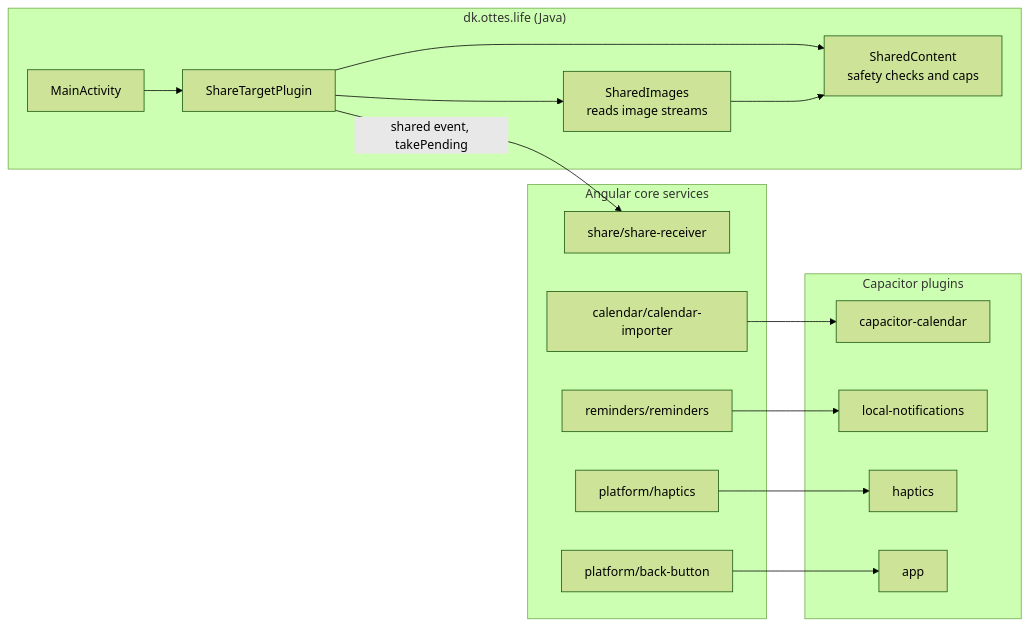
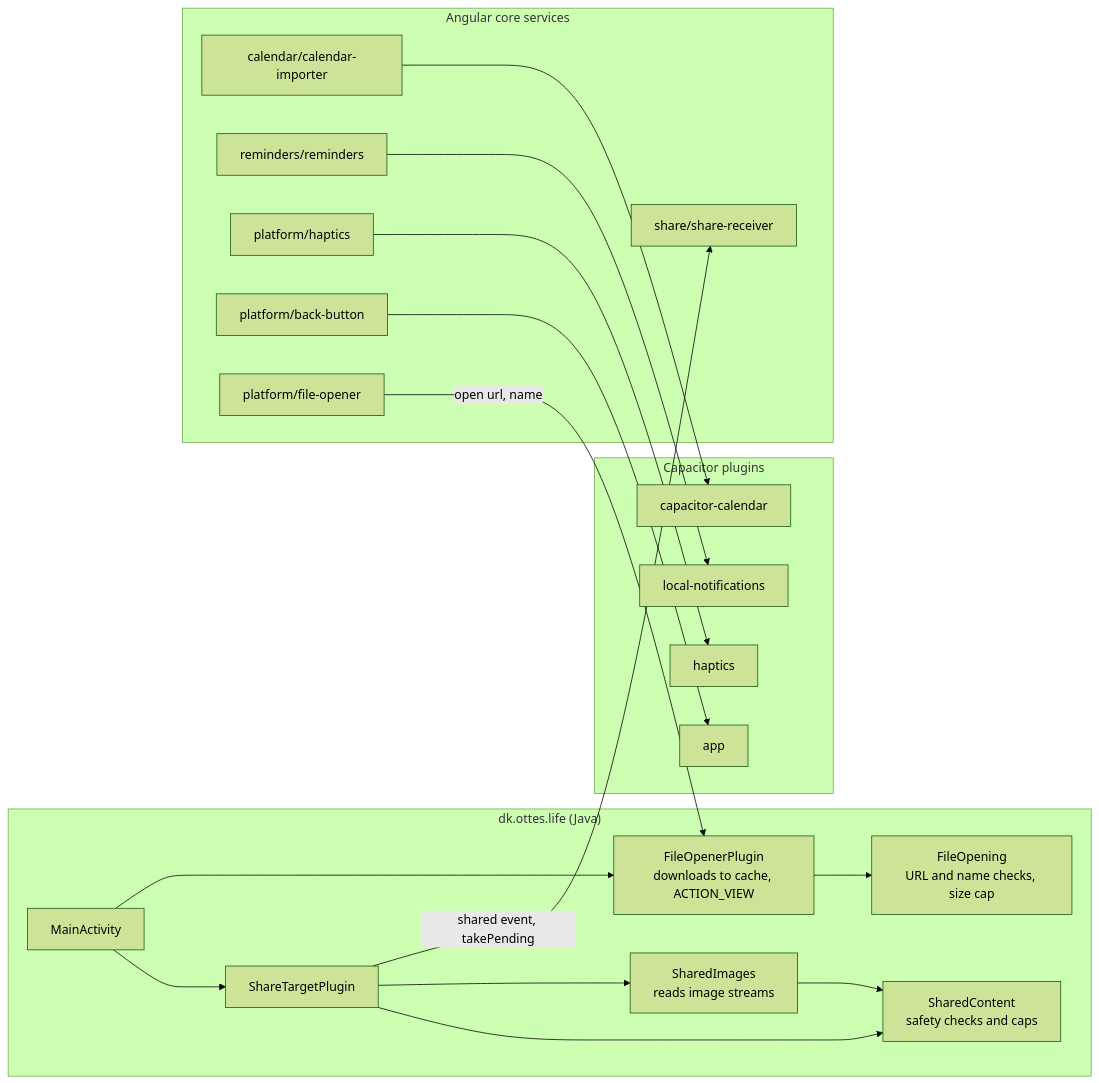
Before and after one commit to valde222/life_app: the diagram in docs/diagrams/03g-android-native.md, drawn with Mermaid (forest theme). The commit also changed other lines of this file and 6 other files, not shown here.

Commit message:
feat(android): a FileOpener plugin downloads a note's file and hands it to the app that opens it (R31)

````diff
--- a/docs/diagrams/03g-android-native.md
+++ b/docs/diagrams/03g-android-native.md
@@ -5,32 +5,38 @@
 ```mermaid
 flowchart LR
   subgraph java["dk.ottes.life (Java)"]
     main["MainActivity"]
     target["ShareTargetPlugin"]
     content["SharedContent<br/>safety checks and caps"]
     images["SharedImages<br/>reads image streams"]
+    opener["FileOpenerPlugin<br/>downloads to cache, ACTION_VIEW"]
+    opening["FileOpening<br/>URL and name checks, size cap"]
   end
   subgraph plugins["Capacitor plugins"]
     calendar["capacitor-calendar"]
     notifications["local-notifications"]
     haptics["haptics"]
     appplugin["app"]
   end
   subgraph angular["Angular core services"]
     receiver["share/share-receiver"]
     importer["calendar/calendar-importer"]
     reminders["reminders/reminders"]
     hapticsts["platform/haptics"]
     back["platform/back-button"]
+    fileopener["platform/file-opener"]
   end
 
   main --> target
   target --> content
   target --> images
   images --> content
   target -- "shared event, takePending" --> receiver
   importer --> calendar
   reminders --> notifications
   hapticsts --> haptics
   back --> appplugin
+  main --> opener
+  opener --> opening
+  fileopener -- "open url, name" --> opener
 ```
````
